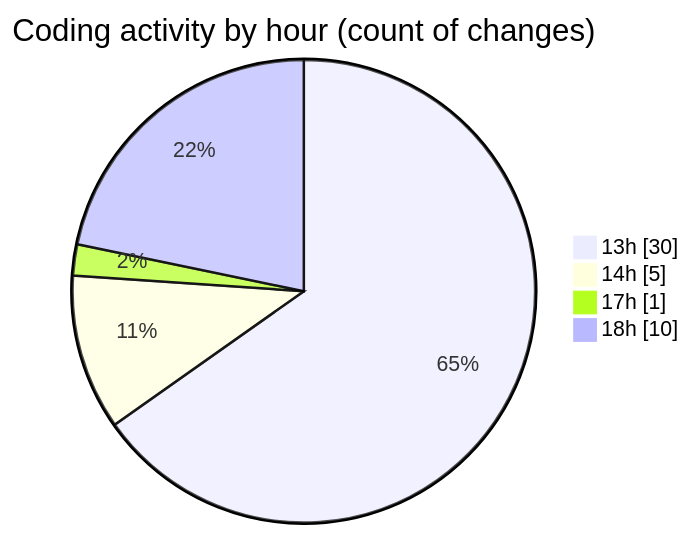
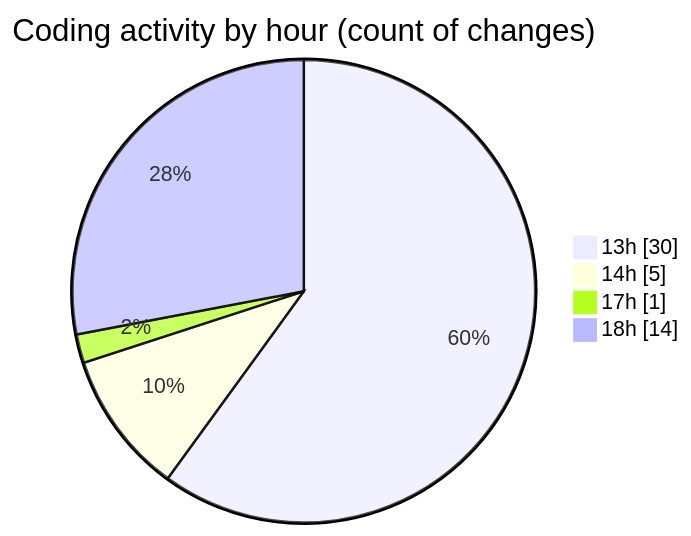
The second of 2 diagrams in 2025-01-14/mbc-web/README.md (robertbonfada/code-tracking), drawn with Mermaid before and after one commit. The commit also changed other lines of this file and 1 other file, not shown here.

````diff
--- a/2025-01-14/mbc-web/README.md
+++ b/2025-01-14/mbc-web/README.md
@@ -47,8 +47,8 @@
 ```mermaid
 pie showData
 title Coding activity by hour (count of changes)
 "13h" : 30
 "14h" : 5
 "17h" : 1
-"18h" : 10
+"18h" : 14
 ```
````
